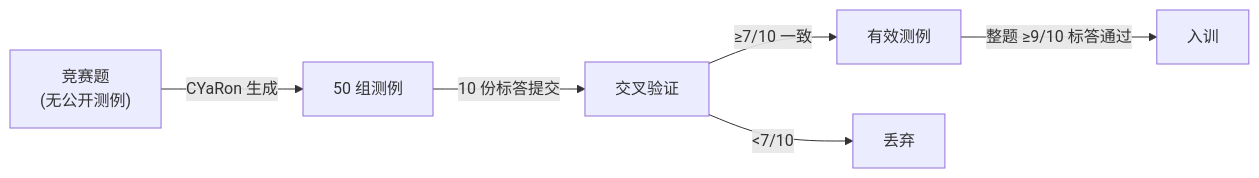
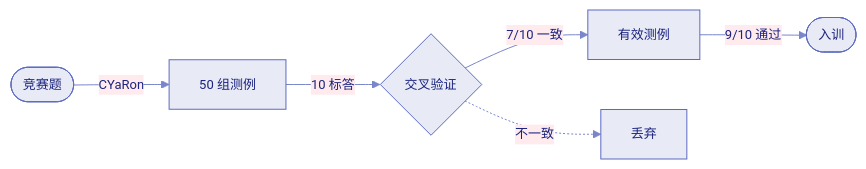
Before and after one commit to XavierZhang2002/agentic-rl-analysis: the seventh of 8 diagrams in docs/post-training/ch2/2.9-data-engineering.md, drawn with Mermaid. The commit also changed other lines of this file and 1 other file, not shown here.

First line of the commit message:
style: 优化 Mermaid 图表视觉效果

````diff
--- a/docs/post-training/ch2/2.9-data-engineering.md
+++ b/docs/post-training/ch2/2.9-data-engineering.md
@@ -272,8 +270,8 @@
 ```mermaid
+%%{init: {'theme': 'base', 'themeVariables': {'primaryColor': '#e8eaf6', 'primaryTextColor': '#1a237e', 'primaryBorderColor': '#5c6bc0', 'lineColor': '#7986cb', 'secondaryColor': '#ffebee', 'fontFamily': 'Noto Sans SC, sans-serif', 'fontSize': '13px'}}}%%
 flowchart LR
-    P["竞赛题\n(无公开测例)"] -->|"CYaRon 生成"| T["50 组测例"]
-    T -->|"10 份标答提交"| V["交叉验证"]
-    V -->|"≥7/10 一致"| OK["有效测例"]
-    V -->|"<7/10"| DROP["丢弃"]
-    OK -->|"整题 ≥9/10 标答通过"| TRAIN["入训"]
+    P(["竞赛题"]) -->|"CYaRon"| T["50 组测例"] -->|"10 标答"| V{"交叉验证"}
+    V -->|"7/10 一致"| OK["有效测例"]
+    V -.->|"不一致"| DROP["丢弃"]
+    OK -->|"9/10 通过"| TRAIN([入训])
 ```
````
